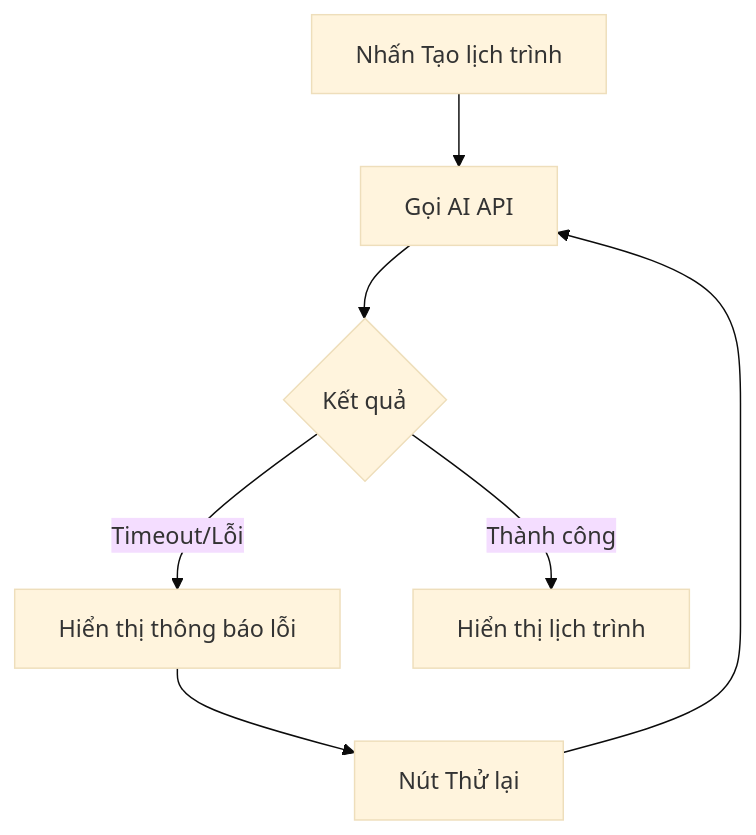
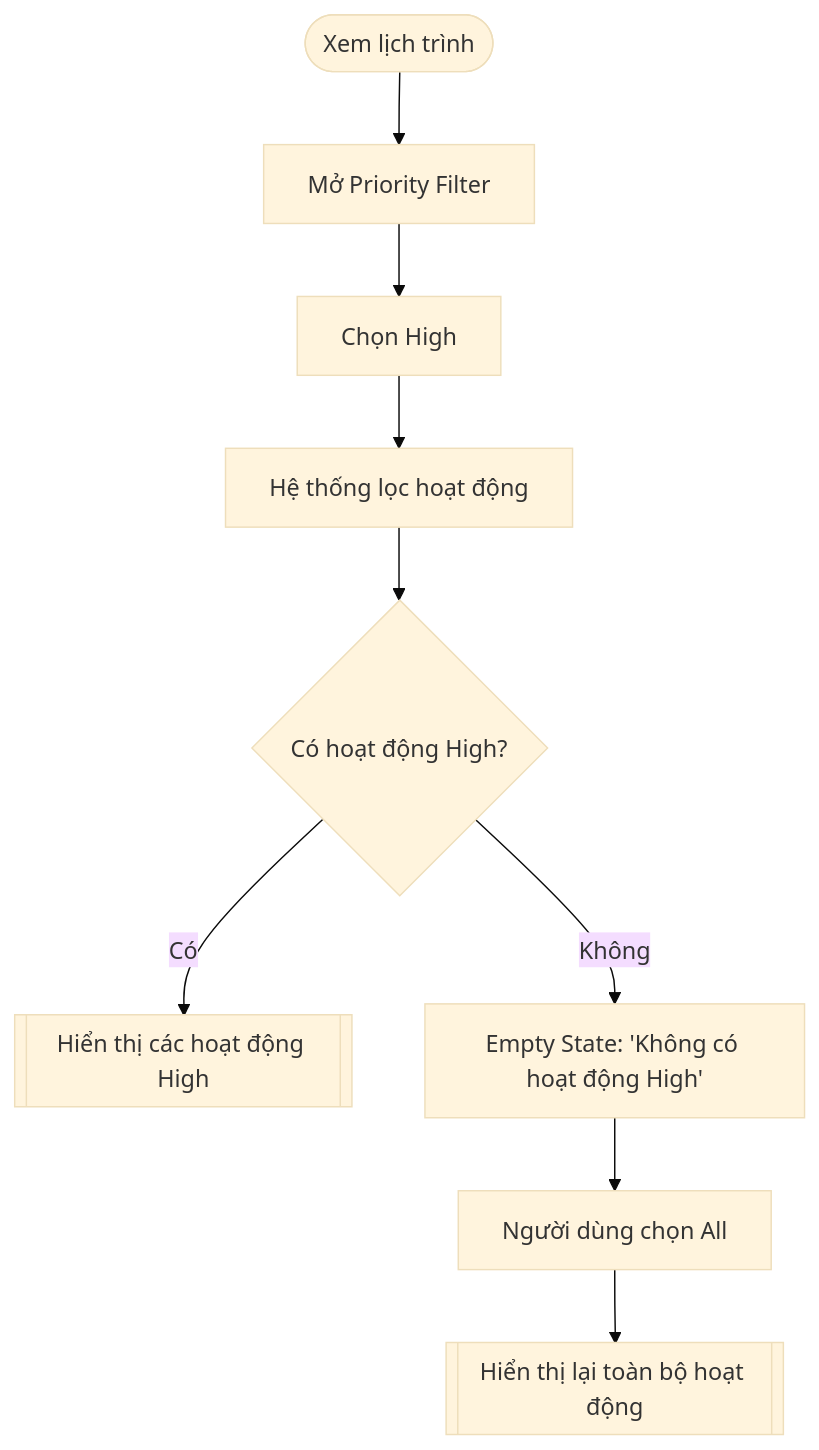
Before and after one commit to hongocthaovy0710/TripMindAI: the second of 3 diagrams in docs/4.1-user-flow.md, drawn with Mermaid (base theme). The commit also changed other lines of this file and 5 other files, not shown here.

````diff
--- a/docs/4.1-user-flow.md
+++ b/docs/4.1-user-flow.md
@@ -123,9 +129,11 @@
 ```mermaid
 flowchart TD
-    A[Nhấn Tạo lịch trình] --> B[Gọi AI API]
-    B --> C{Kết quả}
-    C -->|Timeout/Lỗi| D[Hiển thị thông báo lỗi]
-    D --> E[Nút Thử lại]
-    E --> B
-    C -->|Thành công| F[Hiển thị lịch trình]
+    A([Xem lịch trình]) --> B[Mở Priority Filter]
+    B --> C[Chọn High]
+    C --> D[Hệ thống lọc hoạt động]
+    D --> E{Có hoạt động High?}
+    E -->|Có| F[[Hiển thị các hoạt động High]]
+    E -->|Không| G[Empty State: 'Không có hoạt động High']
+    G --> H[Người dùng chọn All]
+    H --> I[[Hiển thị lại toàn bộ hoạt động]]
 ```
````
